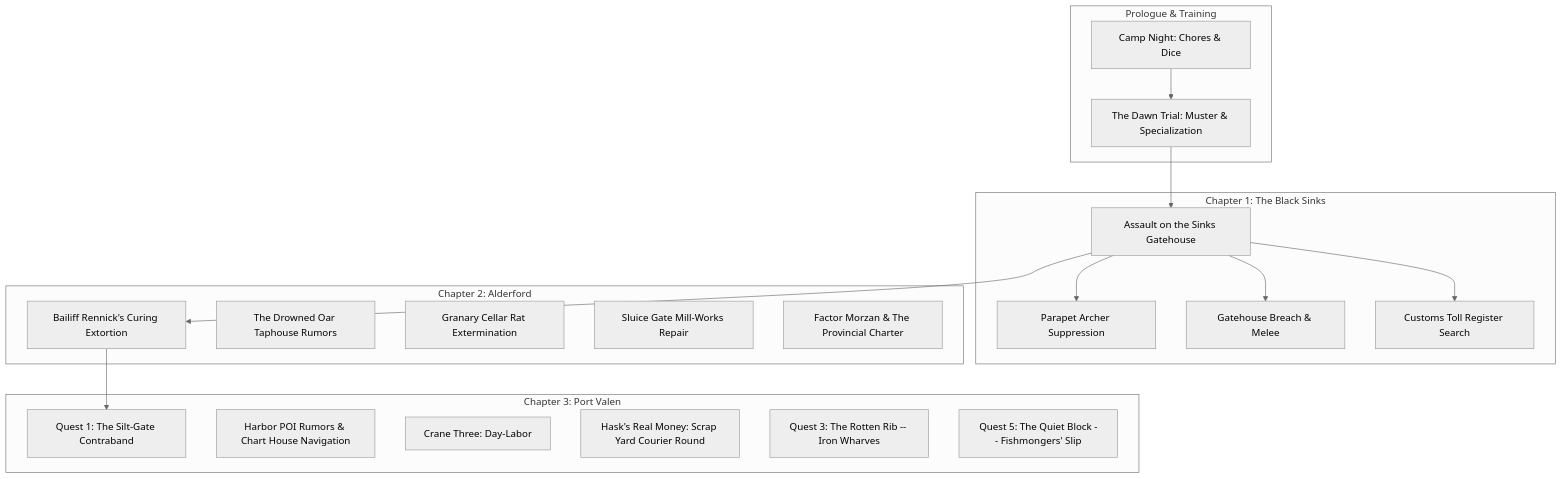
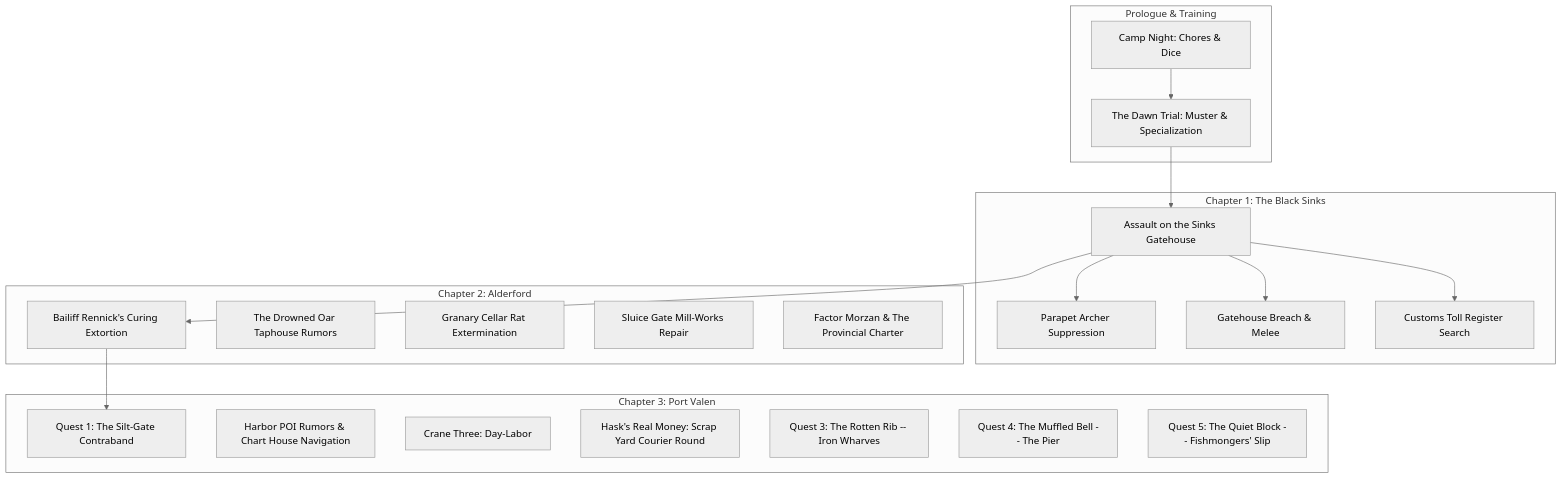
Before and after one commit to Kingskunk/A-Mercenaries-Life: the diagram in quest/QUESTS.md, drawn with Mermaid (neutral theme). The commit also changed other lines of this file and 11 other files, not shown here.

````diff
--- a/quest/QUESTS.md
+++ b/quest/QUESTS.md
@@ -25,34 +25,35 @@
 ```mermaid
 graph TD
     subgraph Prologue & Training
         Q0["Camp Night: Chores & Dice"] --> Q1["The Dawn Trial: Muster & Specialization"]
     end
 
     subgraph Chapter 1: The Black Sinks
         Q2["Assault on the Sinks Gatehouse"]
         Q2 --> Q2A["Parapet Archer Suppression"]
         Q2 --> Q2B["Gatehouse Breach & Melee"]
         Q2 --> Q2C["Customs Toll Register Search"]
     end
 
     subgraph Chapter 2: Alderford
         Q3["Bailiff Rennick's Curing Extortion"]
         Q4["The Drowned Oar Taphouse Rumors"]
         Q5["Granary Cellar Rat Extermination"]
         Q6["Sluice Gate Mill-Works Repair"]
         Q7["Factor Morzan & The Provincial Charter"]
     end
 
     subgraph Chapter 3: Port Valen
         Q8["Quest 1: The Silt-Gate Contraband"]
         Q9["Harbor POI Rumors & Chart House Navigation"]
         Q11["Crane Three: Day-Labor"]
         Q15["Hask's Real Money: Scrap Yard Courier Round"]
         Q12["Quest 3: The Rotten Rib -- Iron Wharves"]
+        Q13["Quest 4: The Muffled Bell -- The Pier"]
         Q14["Quest 5: The Quiet Block -- Fishmongers' Slip"]
     end
 
     Q1 --> Q2
     Q2 --> Q3
     Q3 --> Q8
 ```
````
